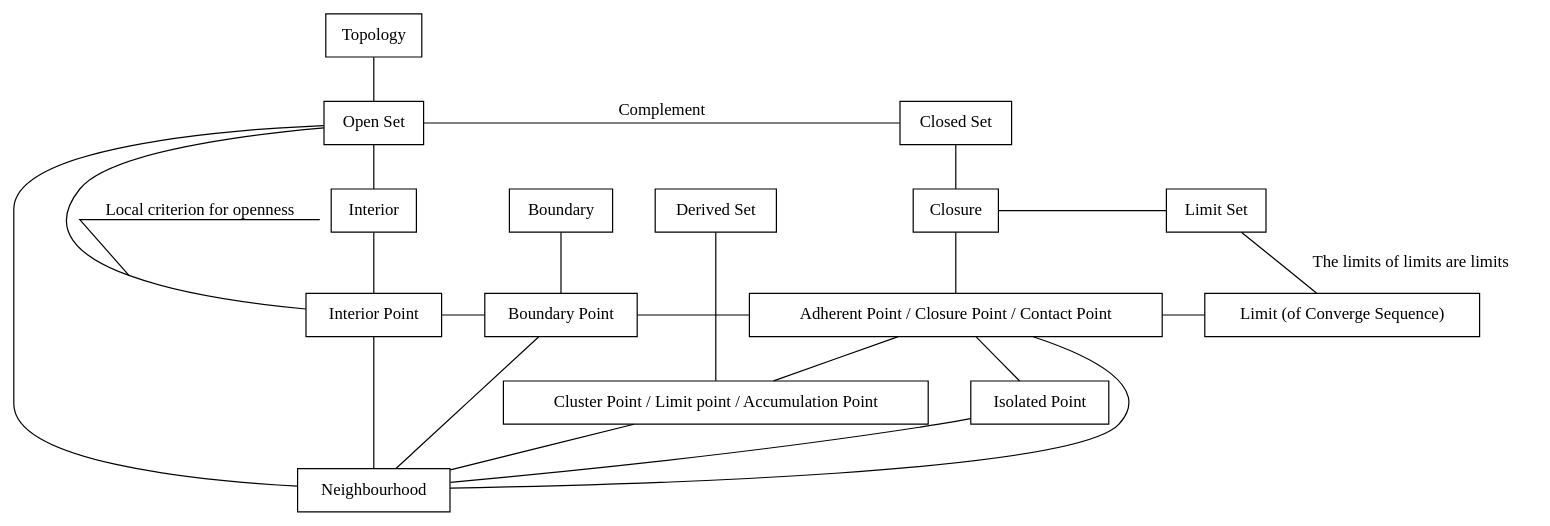
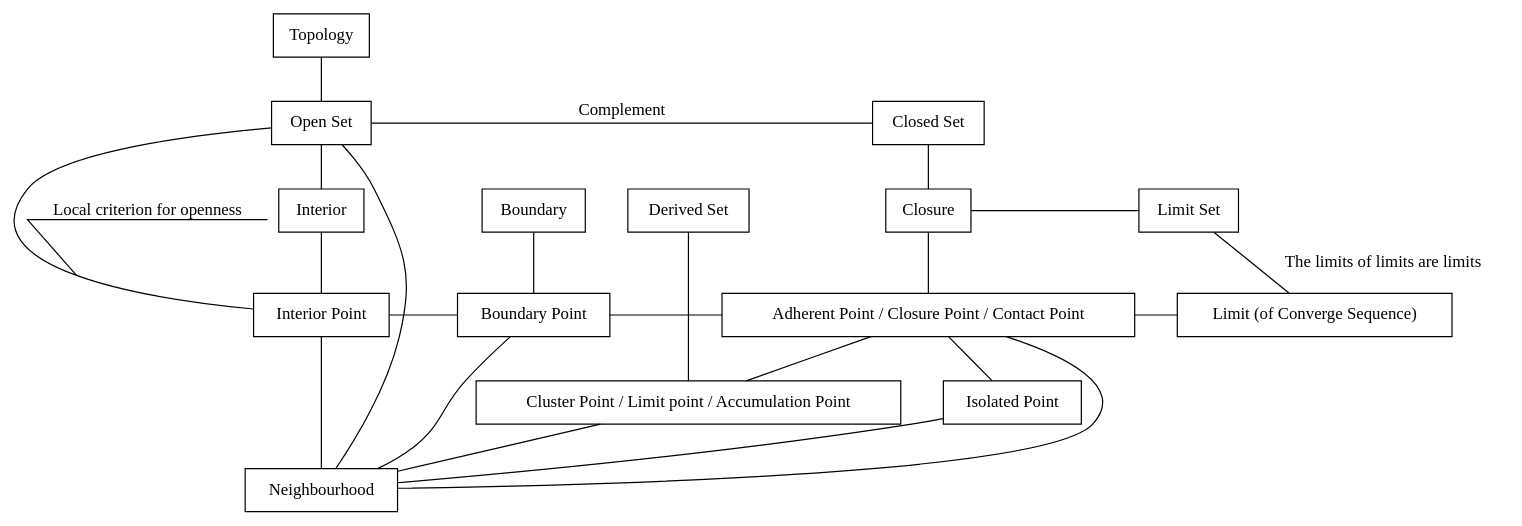
The diagram in Analysis/1_Real_Analysis.md (HanetakaChou/hanetakachou.github.io), drawn with Graphviz before and after one commit.

Commit message:
Real Analysis

````diff
--- a/Analysis/1_Real_Analysis.md
+++ b/Analysis/1_Real_Analysis.md
@@ -37,62 +37,68 @@
     node[shape=box]
     //edge[decorate=true]
     
+    Topology //拓扑
+    Topology--Open_Set[weight=100]
+
     {
+        rank=same
+        rankdir=LR
+        Open_Set[label="Open Set"] //开集
+        Closed_Set[label="Closed Set"] //闭集
+        Open_Set--Closed_Set[label="Complement"] //补集
+    }
+    Open_Set--Neighbourhood
+    Open_Set--Interior[weight=100]
+    Open_Set--Interior_Point[label="Local criterion for openness",decorate=true]
+    Closed_Set--Closure[weight=100]
+
+    Neighbourhood //领域
+    Interior_Point--Neighbourhood[weight=100]
+    Cluster_Point--Neighbourhood
+    Isolated_Point--Neighbourhood
+    Adherent_Point--Neighbourhood
+    Boundary_Point--Neighbourhood
+
+    {
+        rank=same
+        rankdir=LR
+
         Cluster_Point[label="Cluster Point / Limit point / Accumulation Point"] //聚(集)点/极(限)点/(会)聚点
         Isolated_Point[label="Isolated Point"] //孤(立)点
 
+        Cluster_Point--Isolated_Point[style=invis]
+    }
+    Adherent_Point--Cluster_Point[weight=100]
+    Adherent_Point--Isolated_Point[weight=100]
+
+    {
         rank=same
         rankdir=LR
-        Cluster_Point--Isolated_Point[style=invis]
-    }
 
-    {
-        Neighbourhood //领域
-    }
-
-    {
         Interior_Point[label="Interior Point"] //内点
         Adherent_Point[label="Adherent Point / Closure Point / Contact Point"] //附着点/闭包点/(接)触点
         Boundary_Point[label="Boundary Point"] //边界点
 
-        rank=same
-        rankdir=LR
         Interior_Point--Boundary_Point--Adherent_Point//[style=invis]
     }
-
-    Adherent_Point--Cluster_Point[weight=100]
-    Adherent_Point--Isolated_Point[weight=100]
     //Boundary_Point--Interior_Point[constraint=false]
     //Boundary_Point--Adherent_Point[constraint=false]
 
     {
+        rank=same
+        rankdir=LR
+
         Interior //内部
         Closure //闭包
         Derived_Set[label="Derived Set"] //导集
         Boundary //边界
 
-        rank=same
-        rankdir=LR
         Interior--Boundary--Derived_Set--Closure[style=invis]
     }
-
     Interior--Interior_Point[weight=100]
     Closure--Adherent_Point[weight=100]
     Derived_Set--Cluster_Point[weight=100]
     Boundary--Boundary_Point[weight=100]
-
-    {
-        Open_Set[label="Open Set"] //开集
-        Closed_Set[label="Closed Set"] //闭集
-
-        rank=same
-        rankdir=LR
-        Open_Set--Closed_Set[label="Complement"] //补集
-    }
-
-    Open_Set--Interior[weight=100]
-    Closed_Set--Closure[weight=100]
-    Open_Set--Interior_Point[label="Local criterion for openness",decorate=true]
 
     Limit[label="Limit (of Converge Sequence)"]
     {
@@ -107,19 +113,6 @@
         rankdir=LR
         Closure--Limit_Set
     }
-
     Limit_Set--Limit[label="The limits of limits are limits"]
-
-    Topology //拓扑
-
-    Topology--Open_Set[weight=100]
-
-    Open_Set--Neighbourhood
-
-    Interior_Point--Neighbourhood[weight=100]
-    Cluster_Point--Neighbourhood
-    Isolated_Point--Neighbourhood
-    Adherent_Point--Neighbourhood
-    Boundary_Point--Neighbourhood
 }
 ```
````
